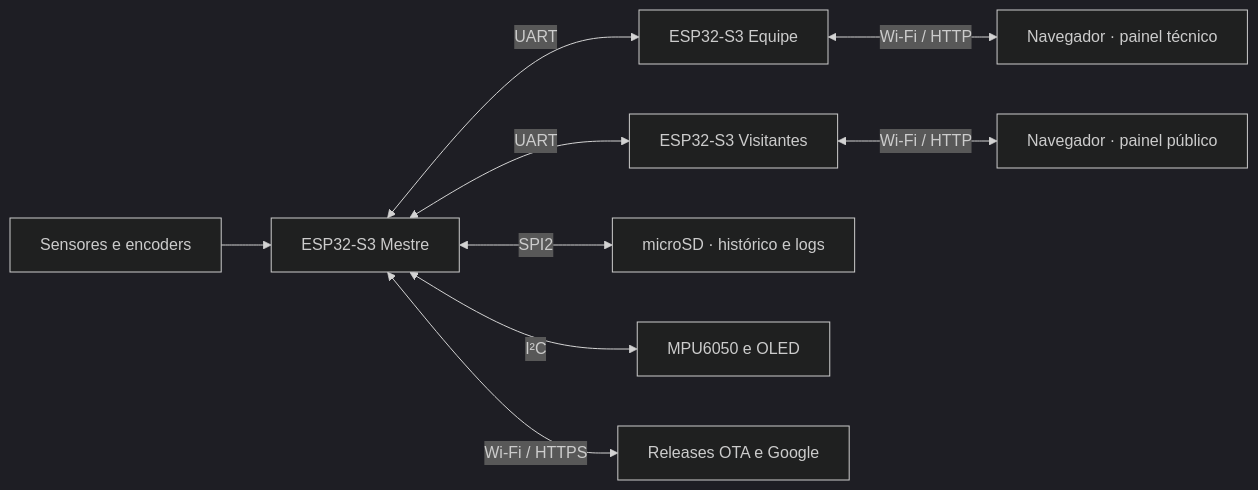
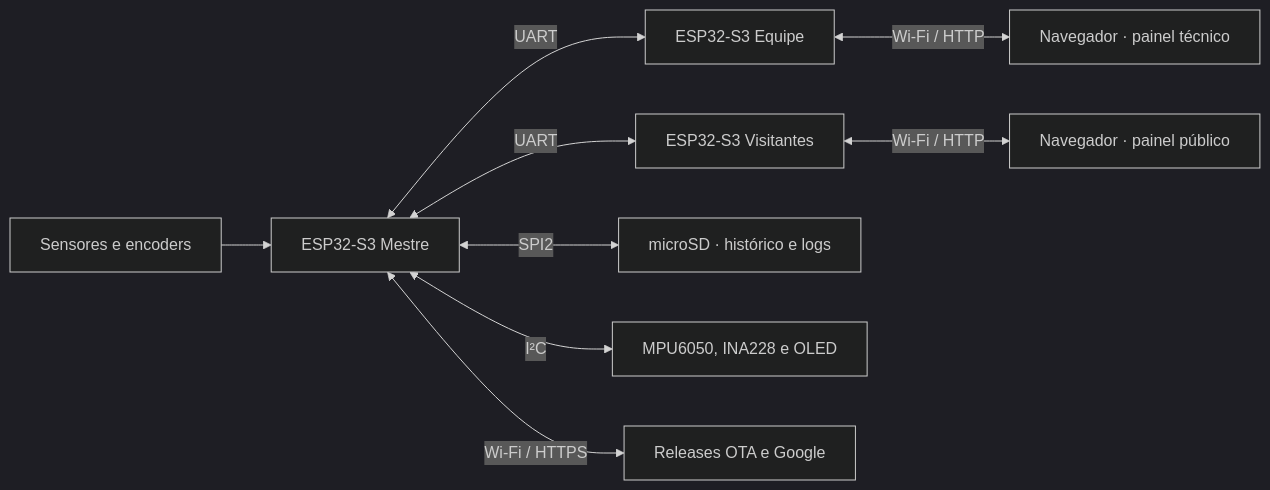
One commit to thegm-Gabriel/instrumentacao-ElectricCarUFSM changed the diagram in documentacao/arquitetura.md. Above: the diagram before and after it, drawn with Mermaid (dark theme). The commit also changed other lines of this file and 76 other files, not shown here.

````diff
--- a/documentacao/arquitetura.md
+++ b/documentacao/arquitetura.md
@@ -13,11 +13,11 @@
 ```mermaid
 flowchart LR
     S["Sensores e encoders"] --> M["ESP32-S3 Mestre"]
     M <-->|UART| E["ESP32-S3 Equipe"]
     M <-->|UART| V["ESP32-S3 Visitantes"]
     E <-->|Wi-Fi / HTTP| PE["Navegador · painel técnico"]
     V <-->|Wi-Fi / HTTP| PV["Navegador · painel público"]
     M <-->|SPI2| SD["microSD · histórico e logs"]
-    M <-->|I²C| IO["MPU6050 e OLED"]
+    M <-->|I²C| IO["MPU6050, INA228 e OLED"]
     M <-->|Wi-Fi / HTTPS| REDE["Releases OTA e Google"]
 ```
````
